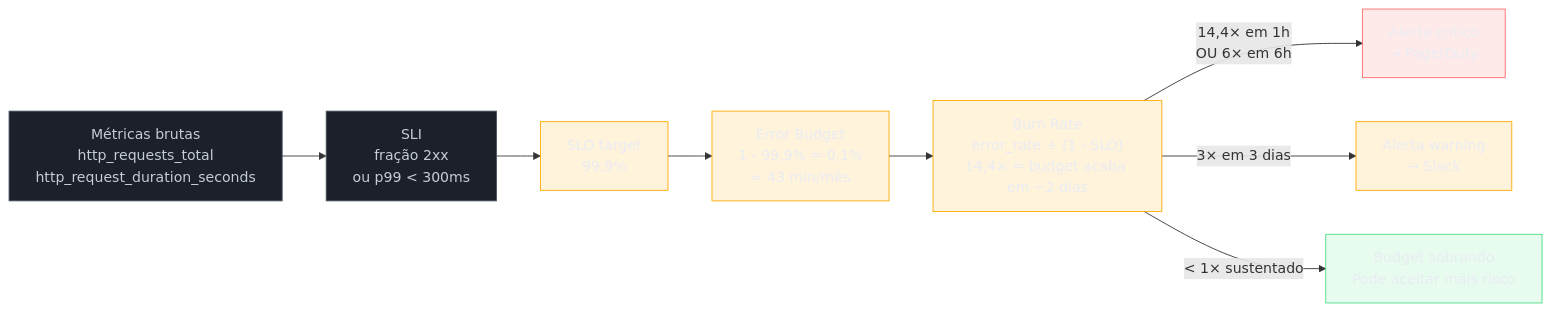
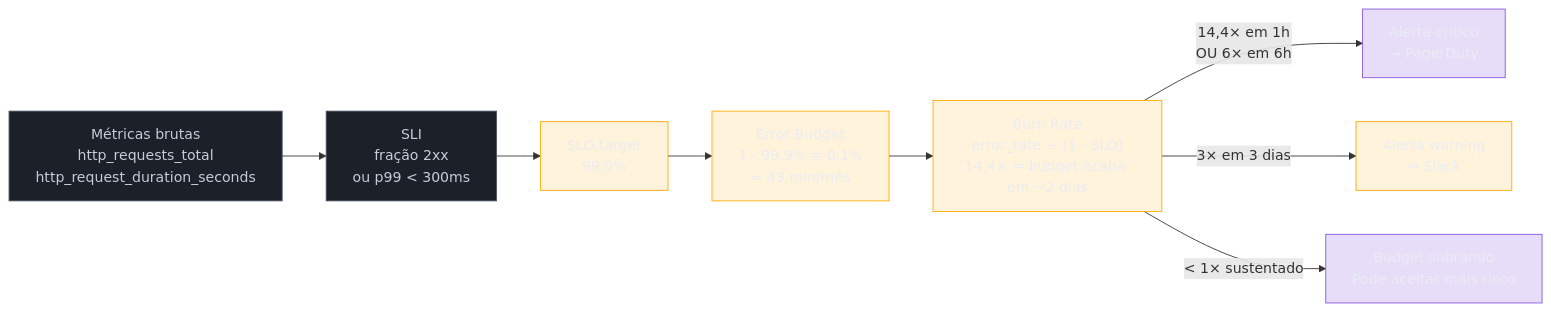
One commit to josenaldo/codex-technomanticus changed the diagram in 03-Dominios/Tecnologia/Node/Observability e produção/12 - SLOs, dashboards, alertas e cheatsheet.md. Above: the diagram before and after it, drawn with Mermaid. The commit also changed 601 other files, not shown here.

````diff
--- a/03-Dominios/Tecnologia/Node/Observability e produção/12 - SLOs, dashboards, alertas e cheatsheet.md
+++ b/03-Dominios/Tecnologia/Node/Observability e produção/12 - SLOs, dashboards, alertas e cheatsheet.md
@@ -63,23 +63,22 @@
 ```mermaid
 flowchart LR
+    classDef marca fill:#8855DF33,stroke:#8855DF,color:#E9ECF2
     classDef neutro fill:#1B2029,stroke:#4E5666,color:#C6CCD8
     classDef destaque fill:#FFAA0024,stroke:#FFAA00,color:#E9ECF2
-    classDef falha fill:#FF6B6B24,stroke:#FF6B6B,color:#E9ECF2
-    classDef ok fill:#4ADE8021,stroke:#4ADE80,color:#E9ECF2
     M["Métricas brutas\nhttp_requests_total\nhttp_request_duration_seconds"] --> SLI["SLI\nfração 2xx\nou p99 < 300ms"]
     SLI --> SLO["SLO target\n99,9%"]
     SLO --> EB["Error Budget\n1 - 99,9% = 0,1%\n≈ 43 min/mês"]
     EB --> BR["Burn Rate\nerror_rate ÷ (1 - SLO)\n14,4× = budget acaba em ~2 dias"]
     BR -->|"14,4× em 1h\nOU 6× em 6h"| AL["Alerta crítico\n→ PagerDuty"]
     BR -->|"3× em 3 dias"| AW["Alerta warning\n→ Slack"]
     BR -->|"< 1× sustentado"| OK["Budget sobrando\nPode aceitar mais risco"]
 
     class M neutro
     class SLI neutro
     class SLO destaque
     class EB destaque
     class BR destaque
-    class AL falha
+    class AL marca
     class AW destaque
-    class OK ok
+    class OK marca
 ```
````
